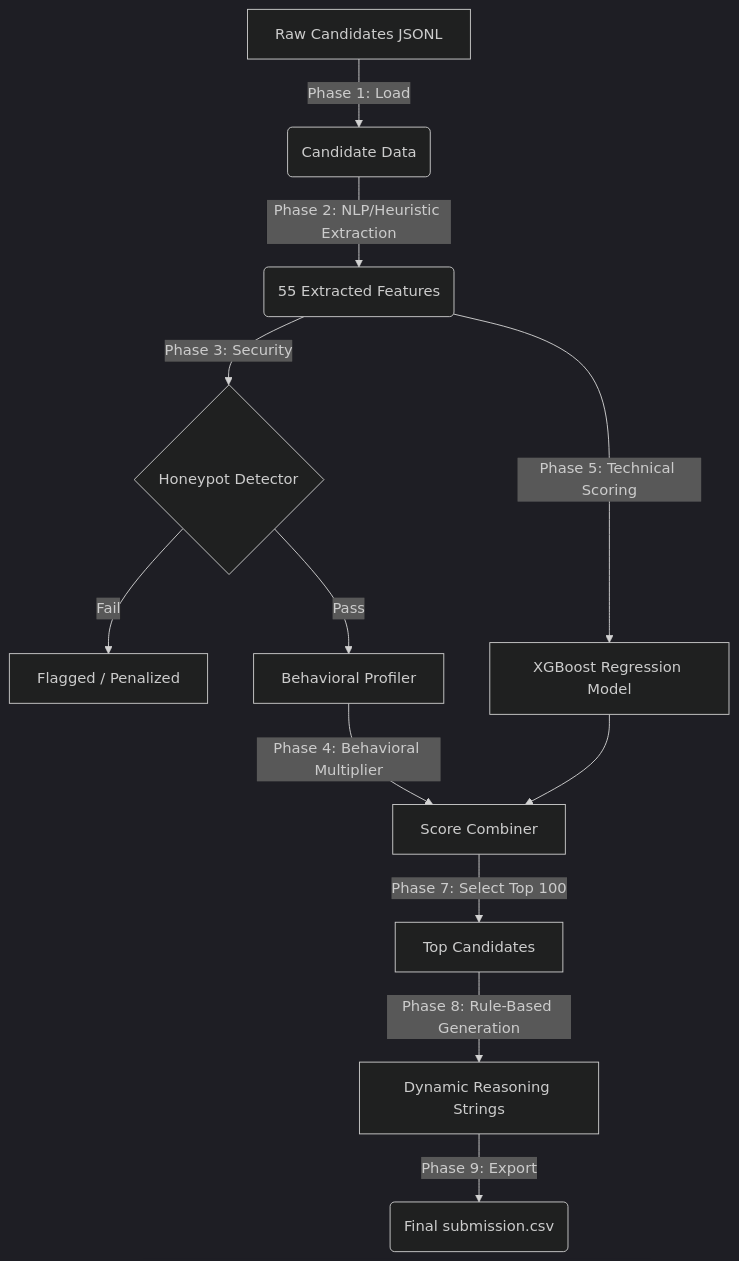
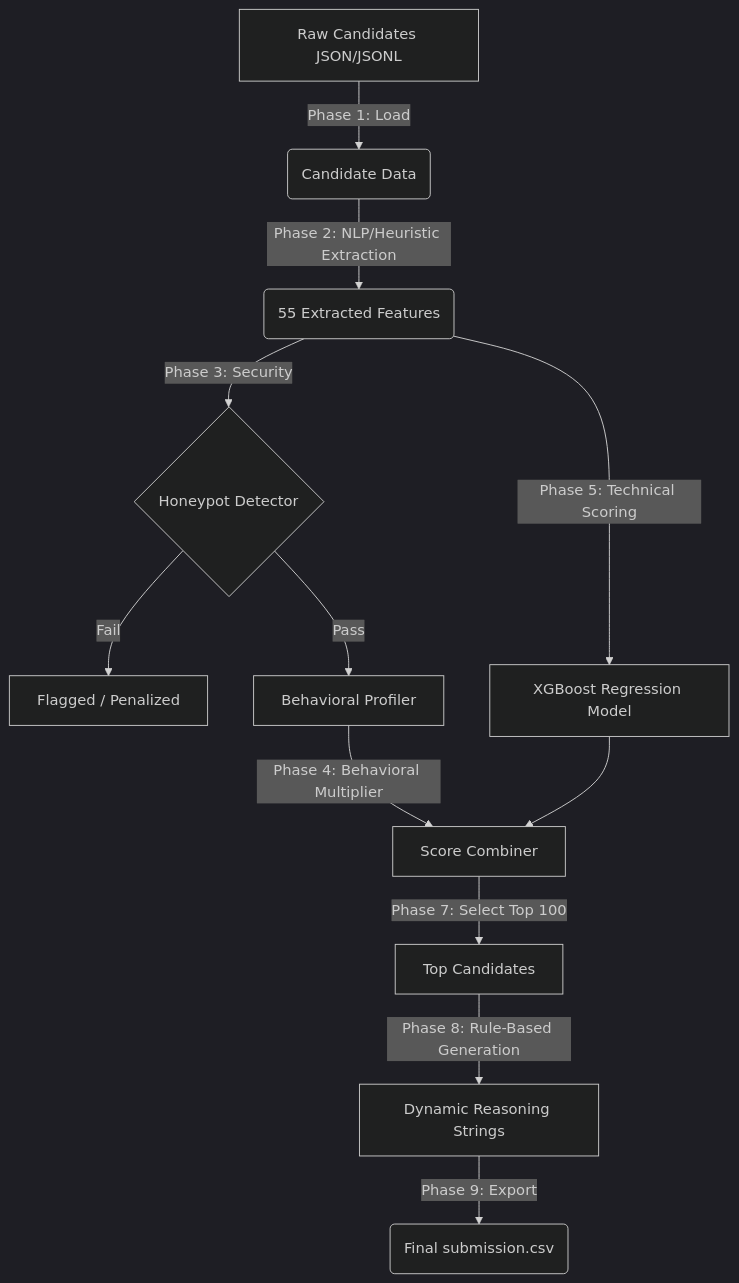
Before and after one commit to Nabarup1/redrob-candidate-ranker: the diagram in README.md, drawn with Mermaid (dark theme). The commit also changed other lines of this file and 5 other files, not shown here.

````diff
--- a/README.md
+++ b/README.md
@@ -11,16 +17,16 @@
 ```mermaid
 graph TD
-    A[Raw Candidates JSONL] -->|Phase 1: Load| B(Candidate Data)
+    A[Raw Candidates JSON/JSONL] -->|Phase 1: Load| B(Candidate Data)
     B -->|Phase 2: NLP/Heuristic Extraction| C(55 Extracted Features)
     C -->|Phase 3: Security| D{Honeypot Detector}
     D -->|Fail| Z[Flagged / Penalized]
     D -->|Pass| E[Behavioral Profiler]
     
     C -->|Phase 5: Technical Scoring| F[XGBoost Regression Model]
     E -->|Phase 4: Behavioral Multiplier| G[Score Combiner]
     F --> G
     
     G -->|Phase 7: Select Top 100| H[Top Candidates]
     H -->|Phase 8: Rule-Based Generation| I[Dynamic Reasoning Strings]
     I -->|Phase 9: Export| J(Final submission.csv)
 ```
````
